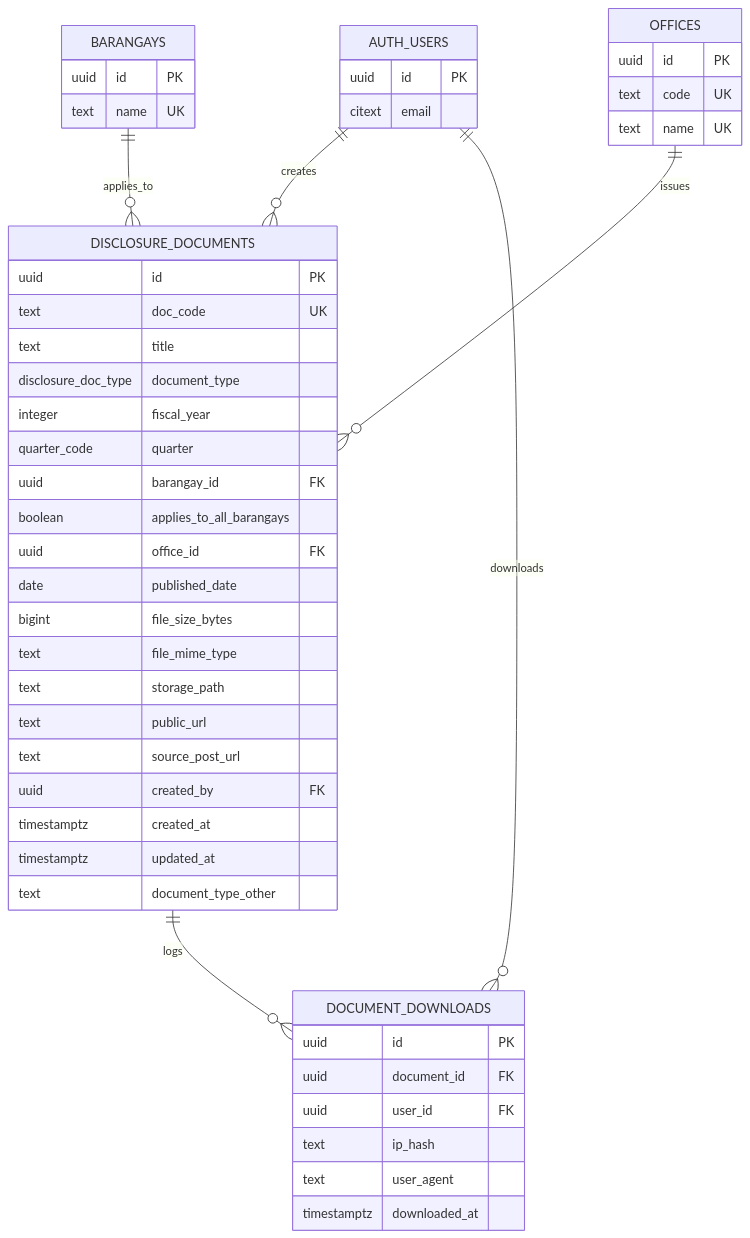
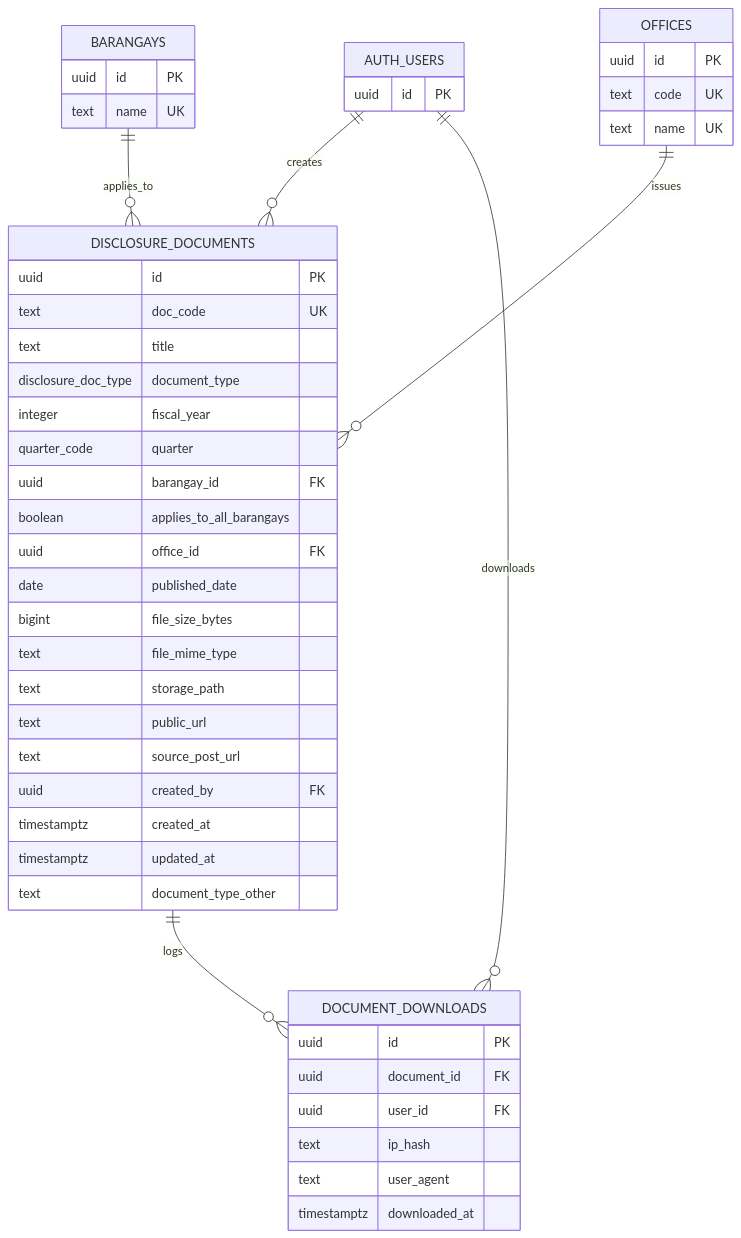
Before and after one commit to txiaoqt/lydo-connect-org-focused: the sixth of 9 diagrams in Methodology/3.2.4-Database-Schema.md, drawn with Mermaid. The commit also changed other lines of this file, not shown here.

````diff
--- a/Methodology/3.2.4-Database-Schema.md
+++ b/Methodology/3.2.4-Database-Schema.md
@@ -266,55 +510,54 @@
 ```mermaid
 erDiagram
     BARANGAYS ||--o{ DISCLOSURE_DOCUMENTS : applies_to
     OFFICES ||--o{ DISCLOSURE_DOCUMENTS : issues
     AUTH_USERS ||--o{ DISCLOSURE_DOCUMENTS : creates
     AUTH_USERS ||--o{ DOCUMENT_DOWNLOADS : downloads
     DISCLOSURE_DOCUMENTS ||--o{ DOCUMENT_DOWNLOADS : logs
 
     AUTH_USERS {
       uuid id PK
-      citext email
     }
 
     BARANGAYS {
       uuid id PK
       text name UK
     }
 
     OFFICES {
       uuid id PK
       text code UK
       text name UK
     }
 
     DISCLOSURE_DOCUMENTS {
       uuid id PK
       text doc_code UK
       text title
       disclosure_doc_type document_type
       integer fiscal_year
       quarter_code quarter
       uuid barangay_id FK
       boolean applies_to_all_barangays
       uuid office_id FK
       date published_date
       bigint file_size_bytes
       text file_mime_type
       text storage_path
       text public_url
       text source_post_url
       uuid created_by FK
       timestamptz created_at
       timestamptz updated_at
       text document_type_other
     }
 
     DOCUMENT_DOWNLOADS {
       uuid id PK
       uuid document_id FK
       uuid user_id FK
       text ip_hash
       text user_agent
       timestamptz downloaded_at
     }
 ```
````
